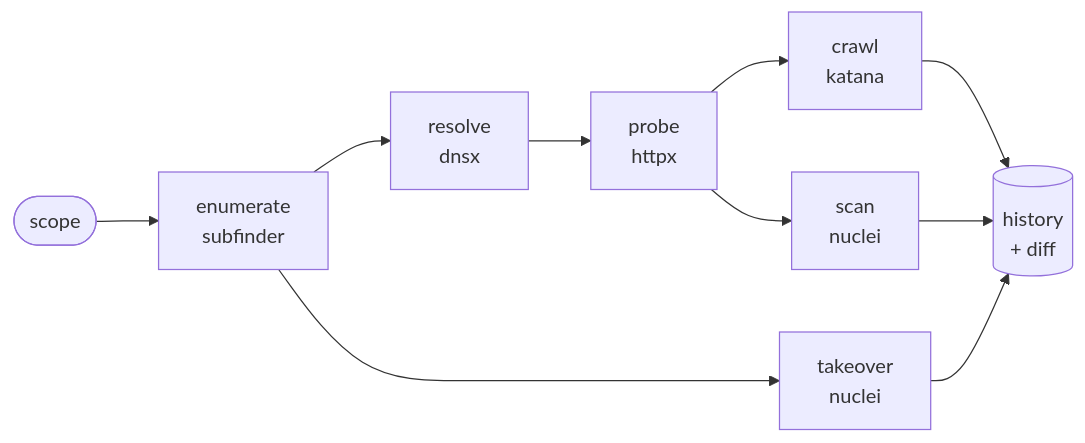
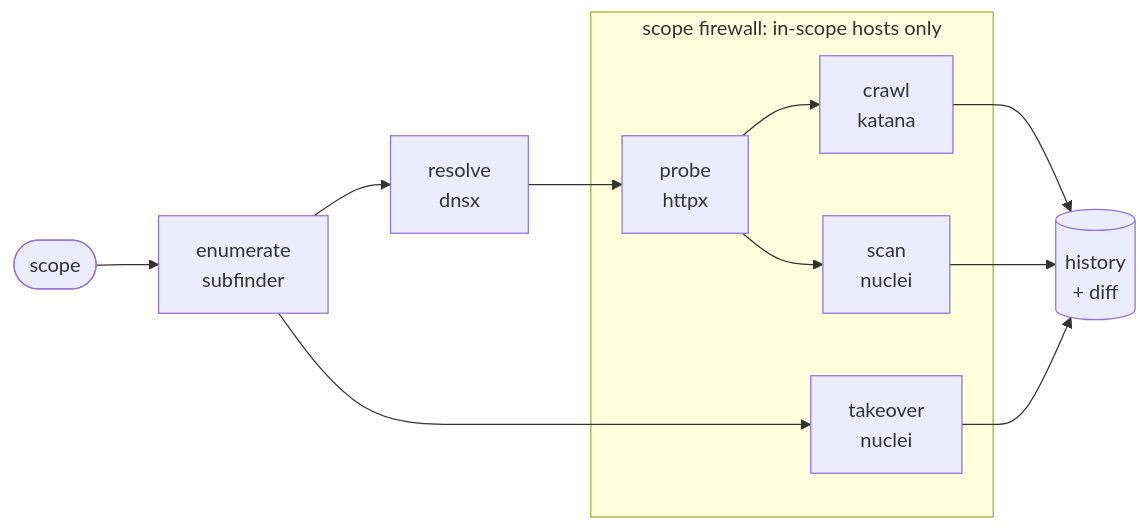
One commit to othmanXP/Reconic changed the diagram in README.md. Above: the diagram before and after it, drawn with Mermaid. The commit also changed other lines of this file, not shown here.

Commit message:
Polish the README: lead with the scope firewall, fold long reference sections

````diff
--- a/README.md
+++ b/README.md
@@ -38,12 +65,15 @@
 ```mermaid
 flowchart LR
     S([scope]) --> E[enumerate<br/>subfinder]
     E --> D[resolve<br/>dnsx]
-    D --> P[probe<br/>httpx]
-    P --> C[crawl<br/>katana]
-    P --> N[scan<br/>nuclei]
-    E --> T[takeover<br/>nuclei]
+    subgraph FW ["scope firewall: in-scope hosts only"]
+        P[probe<br/>httpx] --> C[crawl<br/>katana]
+        P --> N[scan<br/>nuclei]
+        T[takeover<br/>nuclei]
+    end
+    D --> P
+    E --> T
     C --> R[(history<br/>+ diff)]
     N --> R
     T --> R
 ```
````
